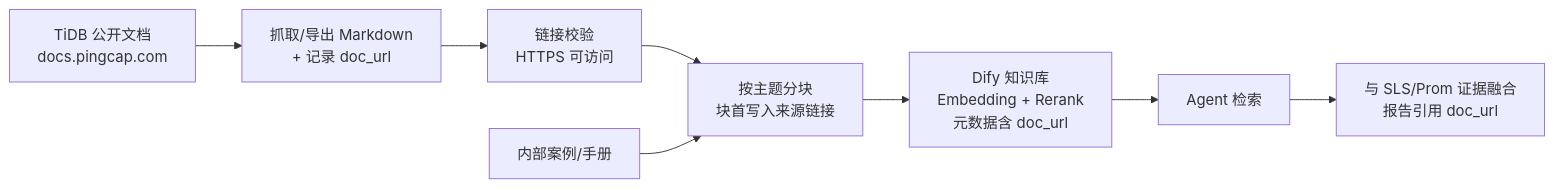
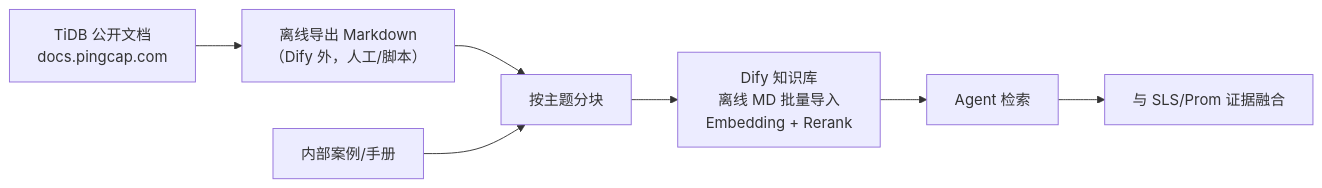
The sixth of 13 diagrams in docs/tidb-diag-agent-architecture.md (yangzhengjie/tidb-diag), drawn with Mermaid before and after one commit. The commit also changed other lines of this file, not shown here.

First line of the commit message:
docs(architecture): update agent architecture doc to v1.7

````diff
--- a/docs/tidb-diag-agent-architecture.md
+++ b/docs/tidb-diag-agent-architecture.md
@@ -316,10 +562,9 @@
 ```mermaid
 flowchart LR
-    A["TiDB 公开文档<br/>docs.pingcap.com"] --> B["抓取/导出 Markdown<br/>+ 记录 doc_url"]
-    B --> V["链接校验<br/>HTTPS 可访问"]
-    V --> C["按主题分块<br/>块首写入来源链接"]
-    C --> D["Dify 知识库<br/>Embedding + Rerank<br/>元数据含 doc_url"]
+    A["TiDB 公开文档<br/>docs.pingcap.com"] --> B["离线导出 Markdown<br/>（Dify 外，人工/脚本）"]
+    B --> C["按主题分块"]
+    C --> D["Dify 知识库<br/>离线 MD 批量导入<br/>Embedding + Rerank"]
     E["内部案例/手册"] --> C
     D --> F["Agent 检索"]
-    F --> G["与 SLS/Prom 证据融合<br/>报告引用 doc_url"]
+    F --> G["与 SLS/Prom 证据融合"]
 ```
````
